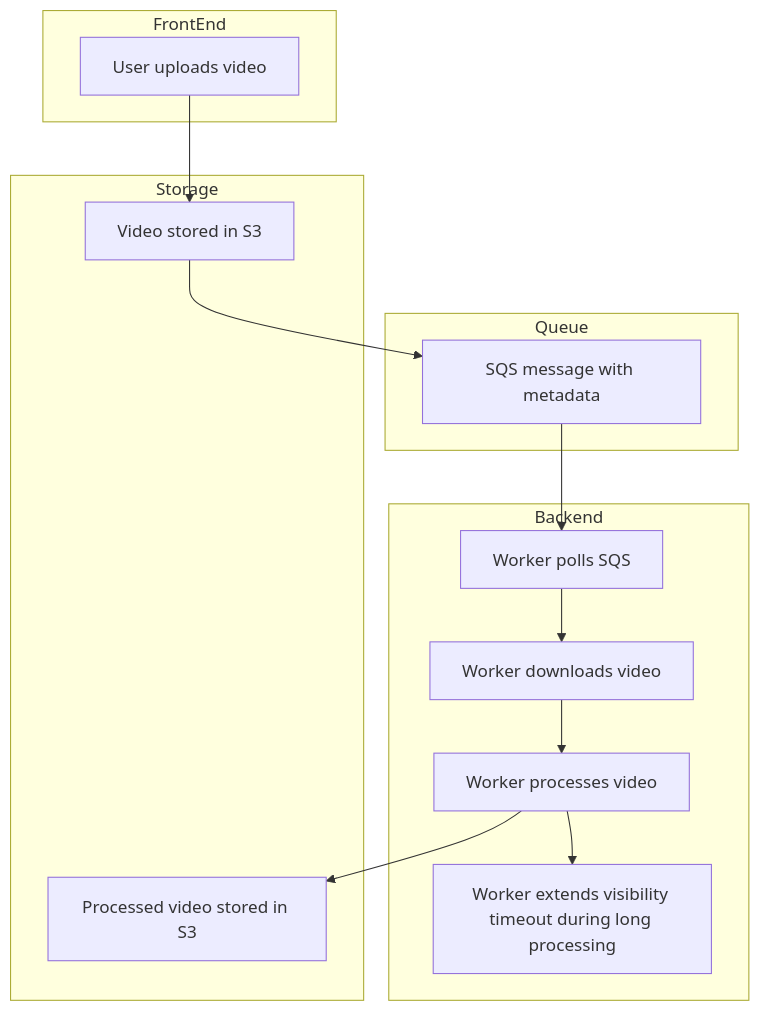
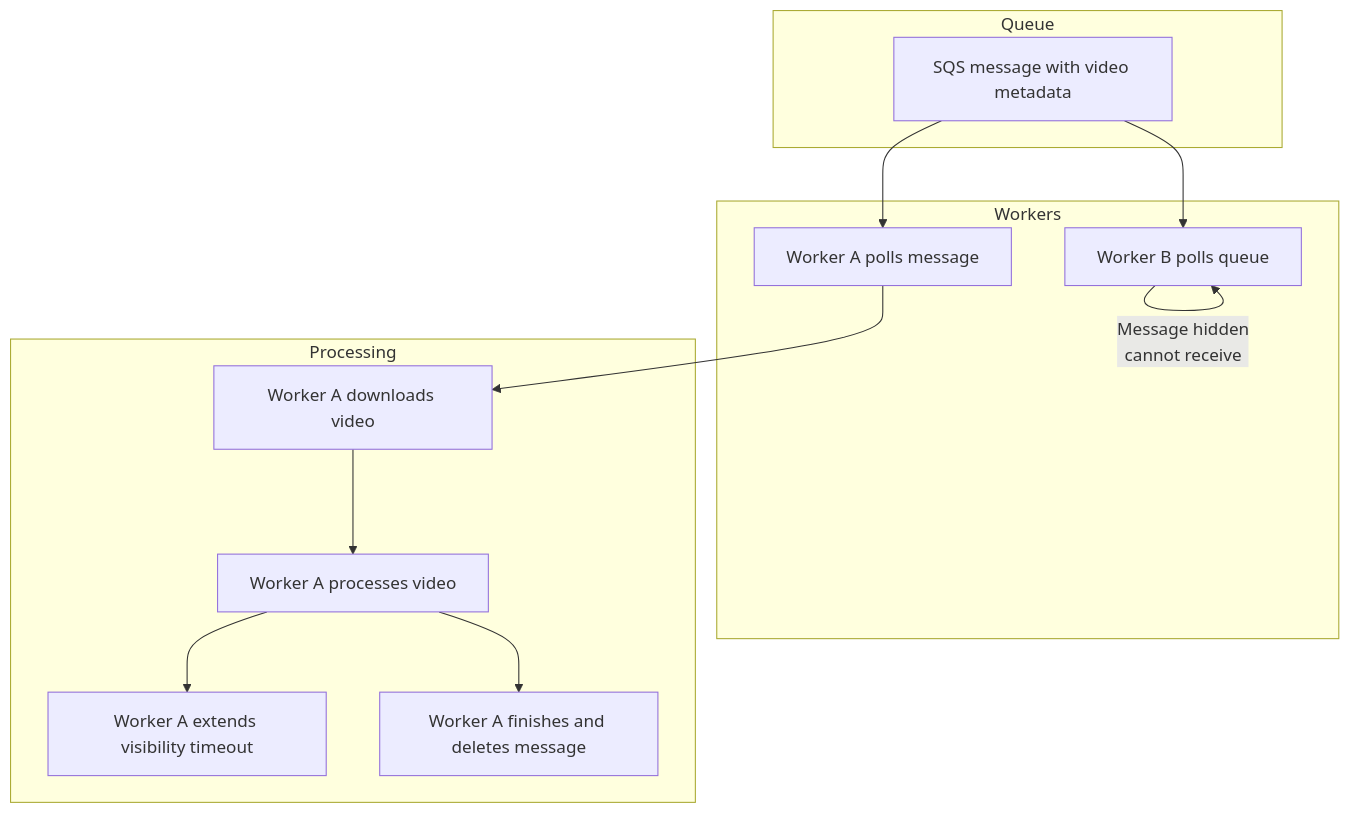
Before and after one commit to rtdevx/rtdevx.github.io: the diagram in content/posts/training/AWS/2025-aws-cloud-practitioner/16-cloud-integrations/index.md, drawn with Mermaid.

Commit message:
Obsidian sync: 2026-06-30 18:49:08

```diff
--- a/content/posts/training/AWS/2025-aws-cloud-practitioner/16-cloud-integrations/index.md
+++ b/content/posts/training/AWS/2025-aws-cloud-practitioner/16-cloud-integrations/index.md
@@ -120,33 +120,31 @@
 {{< mermaid >}}
 
 flowchart TD
 
-    subgraph FrontEnd
-        User[User uploads video]
+    subgraph Queue
+        Msg[SQS message with video metadata]
     end
 
-    subgraph Storage
-        S3Upload[Video stored in S3]
-        S3Output[Processed video stored in S3]
+    subgraph Workers
+        W1[Worker A polls message]
+        W2[Worker B polls queue]
     end
 
-    subgraph Queue
-        SQSMsg[SQS message with metadata]
+    subgraph Processing
+        W1Download[Worker A downloads video]
+        W1Process[Worker A processes video]
+        W1Extend[Worker A extends visibility timeout]
+        W1Complete[Worker A finishes and deletes message]
     end
 
-    subgraph Backend
-        WorkerPoll[Worker polls SQS]
-        WorkerDownload[Worker downloads video]
-        WorkerProcess[Worker processes video]
-        Visibility[Worker extends visibility timeout during long processing]
-    end
+    Msg --> W1
+    Msg --> W2
 
-    User --> S3Upload
-    S3Upload --> SQSMsg
-    SQSMsg --> WorkerPoll
-    WorkerPoll --> WorkerDownload
-    WorkerDownload --> WorkerProcess
-    WorkerProcess --> Visibility
-    WorkerProcess --> S3Output
+    W1 --> W1Download
+    W1Download --> W1Process
+    W1Process --> W1Extend
+    W1Process --> W1Complete
+
+    W2 -->|Message hidden\ncannot receive| W2
 
 {{< /mermaid >}}
```
